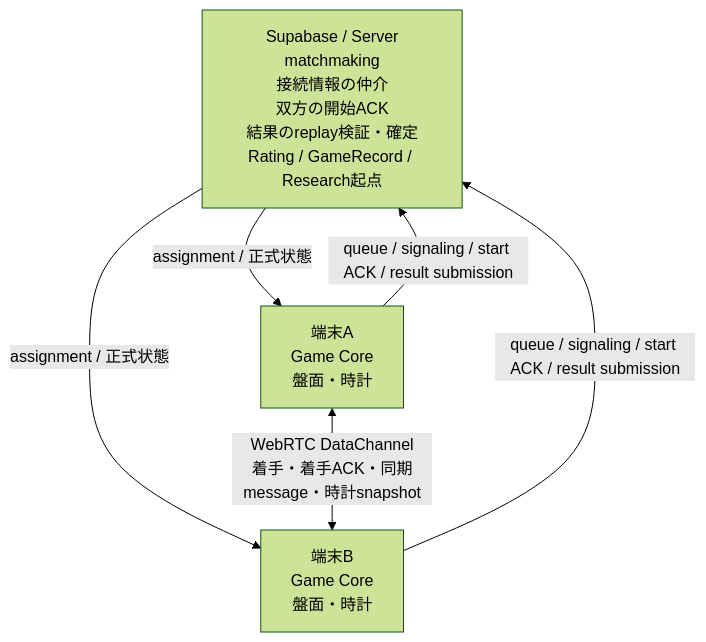
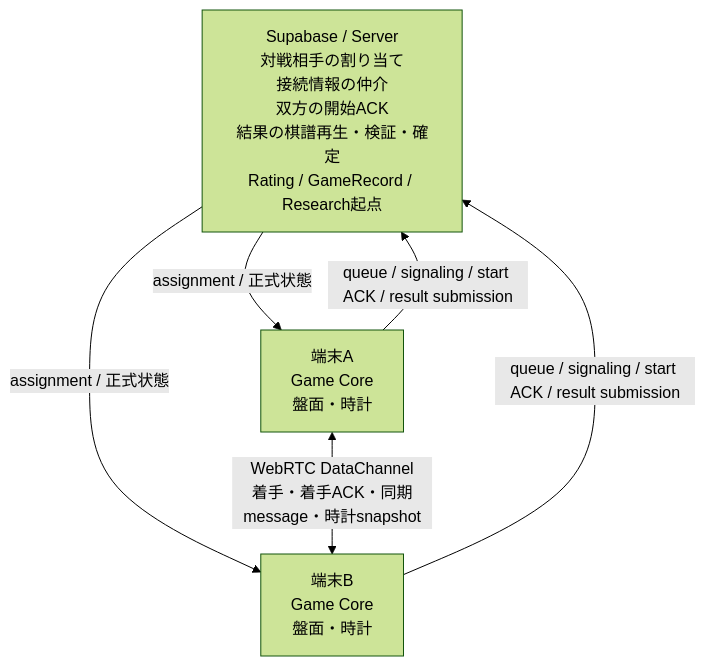
One commit to shinp-dev/othello changed the first of 4 diagrams in docs/02_オンライン対局/通常接続設計.md. Above: the diagram before and after it, drawn with Mermaid (forest theme). The commit also changed other lines of this file and 21 other files, not shown here.

````diff
--- a/docs/02_オンライン対局/通常接続設計.md
+++ b/docs/02_オンライン対局/通常接続設計.md
@@ -22,12 +22,12 @@
 ```mermaid
 flowchart TB
-    S["Supabase / Server<br/>matchmaking<br/>接続情報の仲介<br/>双方の開始ACK<br/>結果のreplay検証・確定<br/>Rating / GameRecord / Research起点"]
+    S["Supabase / Server<br/>対戦相手の割り当て<br/>接続情報の仲介<br/>双方の開始ACK<br/>結果の棋譜再生・検証・確定<br/>Rating / GameRecord / Research起点"]
     A["端末A<br/>Game Core<br/>盤面・時計"]
     B["端末B<br/>Game Core<br/>盤面・時計"]
 
     A -->|"queue / signaling / start ACK / result submission"| S
     B -->|"queue / signaling / start ACK / result submission"| S
     S -->|"assignment / 正式状態"| A
     S -->|"assignment / 正式状態"| B
     A <-->|"WebRTC DataChannel<br/>着手・着手ACK・同期message・時計snapshot"| B
 ```
````
